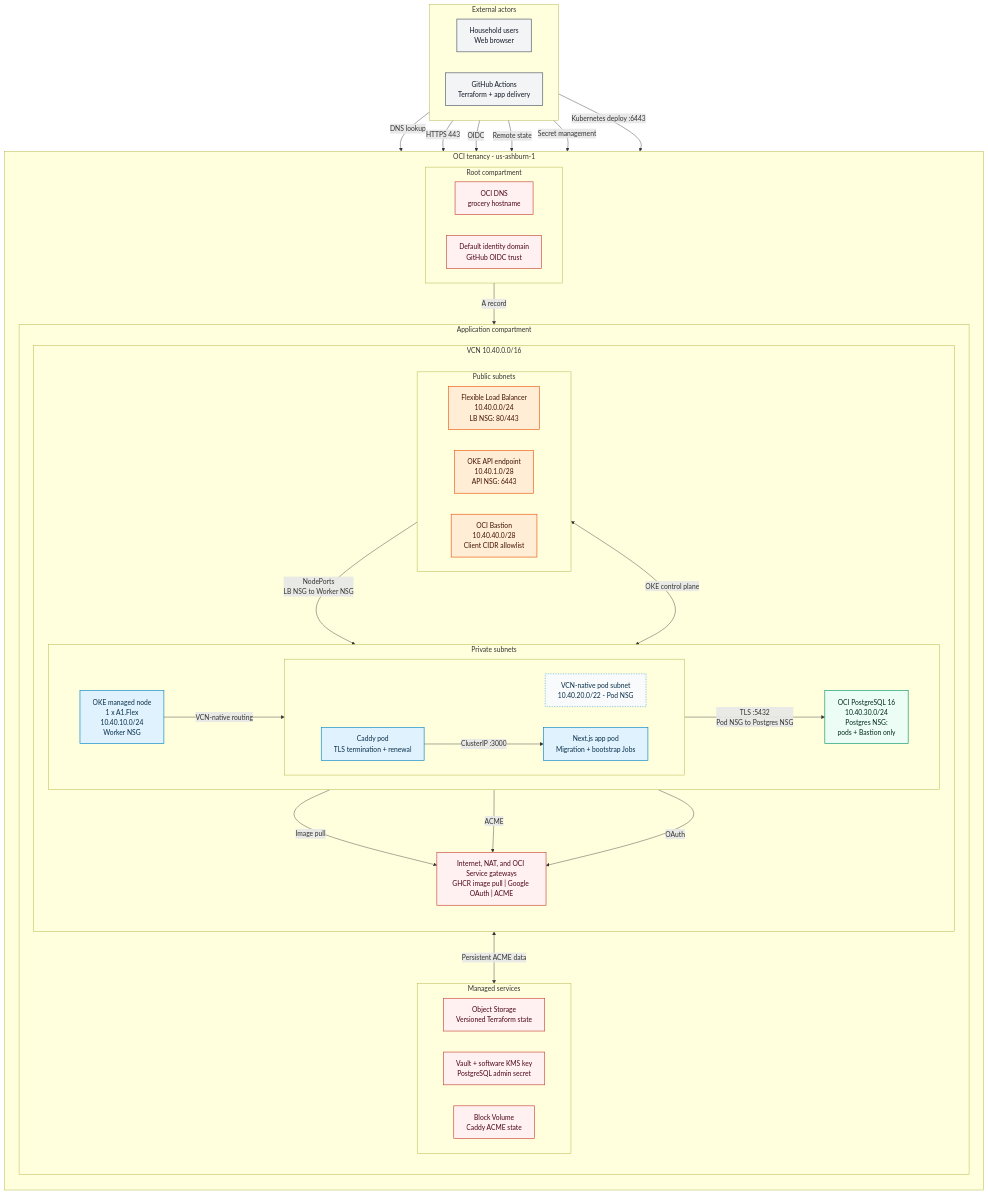
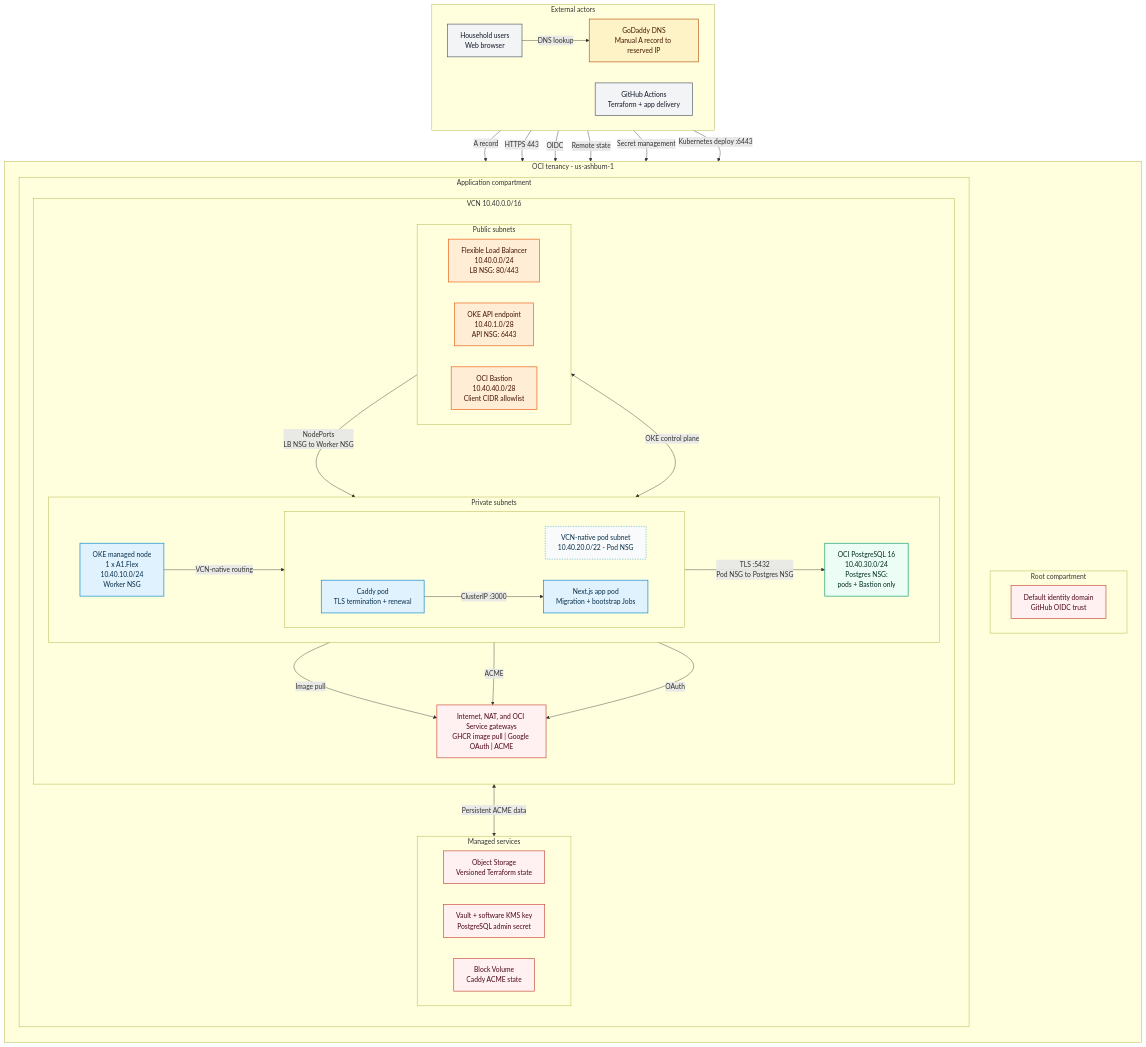
One commit to eshneken/family-grocery-list changed the diagram in diagrams/oci-logical-architecture.mmd. Above: the diagram before and after it, drawn with Mermaid. The commit also changed 13 other files, not shown here.

Commit message:
Move DNS management outside the OCI application tenancy

```diff
--- a/diagrams/oci-logical-architecture.mmd
+++ b/diagrams/oci-logical-architecture.mmd
@@ -1,88 +1,89 @@
 graph TB
   subgraph Outside["External actors"]
     direction LR
     Browser["Household users<br/>Web browser"]
     GHA["GitHub Actions<br/>Terraform + app delivery"]
+    DNS["GoDaddy DNS<br/>Manual A record to reserved IP"]
   end
 
   subgraph OCI["OCI tenancy - us-ashburn-1"]
     direction TB
 
     subgraph Root["Root compartment"]
       direction LR
-      DNS["OCI DNS<br/>grocery hostname"]
       IAM["Default identity domain<br/>GitHub OIDC trust"]
     end
 
     subgraph AppComp["Application compartment"]
       direction TB
 
       subgraph Managed["Managed services"]
         direction LR
         State["Object Storage<br/>Versioned Terraform state"]
         Vault["Vault + software KMS key<br/>PostgreSQL admin secret"]
         Volume["Block Volume<br/>Caddy ACME state"]
       end
 
       subgraph VCN["VCN 10.40.0.0/16"]
         direction TB
 
         Gateways["Internet, NAT, and OCI Service gateways<br/>GHCR image pull | Google OAuth | ACME"]
 
         subgraph Public["Public subnets"]
           direction LR
           LB["Flexible Load Balancer<br/>10.40.0.0/24<br/>LB NSG: 80/443"]
           API["OKE API endpoint<br/>10.40.1.0/28<br/>API NSG: 6443"]
           Bastion["OCI Bastion<br/>10.40.40.0/28<br/>Client CIDR allowlist"]
         end
 
         subgraph Private["Private subnets"]
           direction LR
           Worker["OKE managed node<br/>1 x A1.Flex<br/>10.40.10.0/24<br/>Worker NSG"]
 
           subgraph Pods[" "]
             direction LR
             PodSubnet["VCN-native pod subnet<br/>10.40.20.0/22 - Pod NSG"]
             Caddy["Caddy pod<br/>TLS termination + renewal"]
             App["Next.js app pod<br/>Migration + bootstrap Jobs"]
           end
 
           Postgres["OCI PostgreSQL 16<br/>10.40.30.0/24<br/>Postgres NSG:<br/>pods + Bastion only"]
         end
       end
     end
   end
 
   Browser -->|"DNS lookup"| DNS
   DNS -->|"A record"| LB
   Browser -->|"HTTPS 443"| LB
   LB -->|"NodePorts<br/>LB NSG to Worker NSG"| Worker
   Worker -->|"VCN-native routing"| Caddy
   Caddy -->|"ClusterIP :3000"| App
   App -->|"TLS :5432<br/>Pod NSG to Postgres NSG"| Postgres
   Caddy <-->|"Persistent ACME data"| Volume
 
   GHA -->|"OIDC"| IAM
   GHA -->|"Remote state"| State
   GHA -->|"Secret management"| Vault
   GHA -->|"Kubernetes deploy :6443"| API
   API <-->|"OKE control plane"| Worker
 
   Worker -->|"Image pull"| Gateways
   Caddy -->|"ACME"| Gateways
   App -->|"OAuth"| Gateways
 
   classDef actor fill:#f3f4f6,stroke:#4b5563,color:#111827,stroke-width:1.5px;
   classDef external fill:#fef3c7,stroke:#b45309,color:#451a03,stroke-width:1.5px;
   classDef managed fill:#fff1f2,stroke:#c74634,color:#4c0519,stroke-width:1.5px;
   classDef public fill:#ffedd5,stroke:#ea580c,color:#431407,stroke-width:1.5px;
   classDef private fill:#e0f2fe,stroke:#0284c7,color:#082f49,stroke-width:1.5px;
   classDef data fill:#ecfdf5,stroke:#059669,color:#022c22,stroke-width:1.5px;
   classDef subnetLabel fill:#f8fafc,stroke:#0284c7,color:#082f49,stroke-dasharray:3 3;
 
   class Browser,GHA actor;
-  class IAM,DNS,State,Vault,Volume,Gateways managed;
+  class IAM,State,Vault,Volume,Gateways managed;
+  class DNS external;
   class LB,API,Bastion public;
   class Worker,Caddy,App private;
   class Postgres data;
   class PodSubnet subnetLabel;
```
